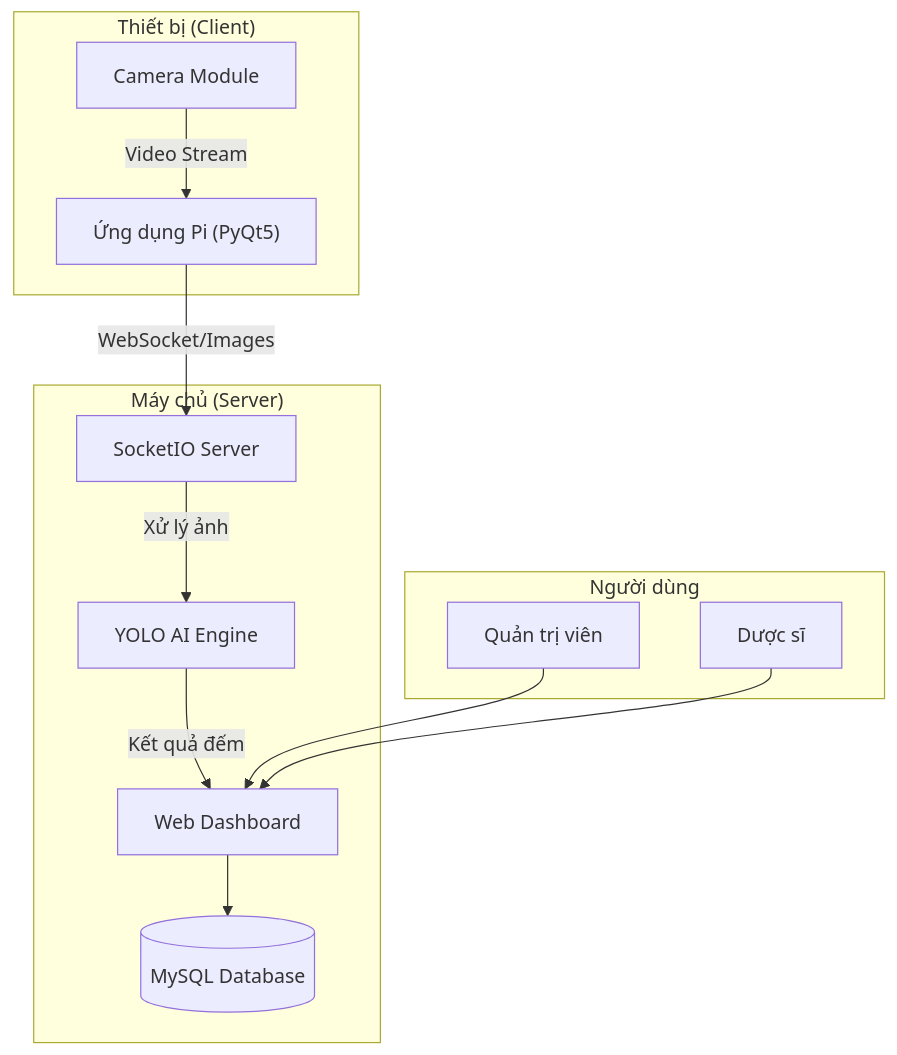
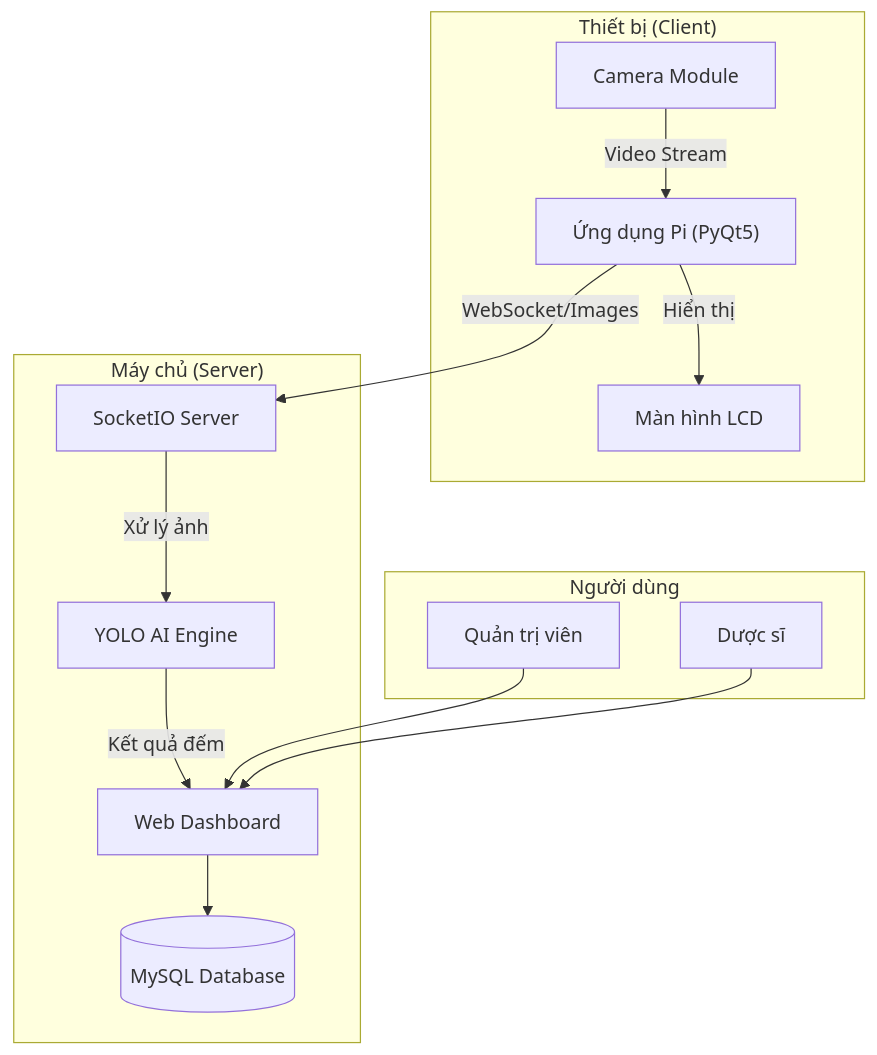
The first of 3 diagrams in README_VI.md (pbl4-hotrodemthuoc/PILL-COUNTER-PROJECT), drawn with Mermaid before and after one commit. The commit also changed other lines of this file, not shown here.

Commit message:
Document LCD Screen component

````diff
--- a/README_VI.md
+++ b/README_VI.md
@@ -63,27 +63,29 @@
 ```mermaid
 graph TB
     subgraph Device["Thiết bị (Client)"]
         CAM[Camera Module]
+        LCD[Màn hình LCD]
         PI_APP["Ứng dụng Pi (PyQt5)"]
     end
     
     subgraph Server["Máy chủ (Server)"]
         WEB[Web Dashboard]
         AI[YOLO AI Engine]
         DB[(MySQL Database)]
         SOCKET[SocketIO Server]
     end
     
     subgraph Users["Người dùng"]
         ADMIN[Quản trị viên]
         PHARM[Dược sĩ]
     end
     
     CAM -->|Video Stream| PI_APP
+    PI_APP -->|Hiển thị| LCD
     PI_APP -->|WebSocket/Images| SOCKET
     SOCKET -->|Xử lý ảnh| AI
     AI -->|Kết quả đếm| WEB
     WEB --> DB
     ADMIN --> WEB
     PHARM --> WEB
 ```
````
